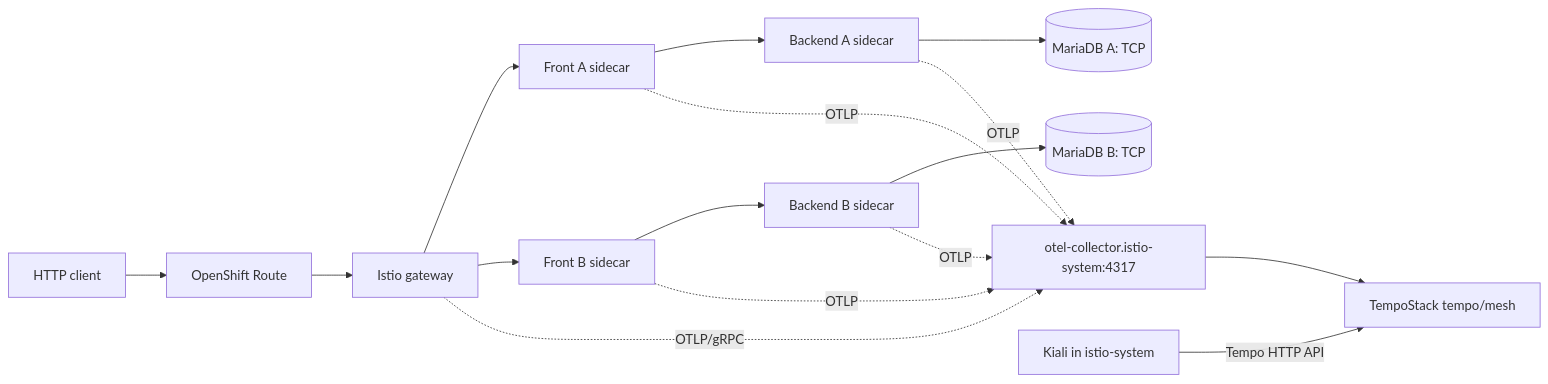
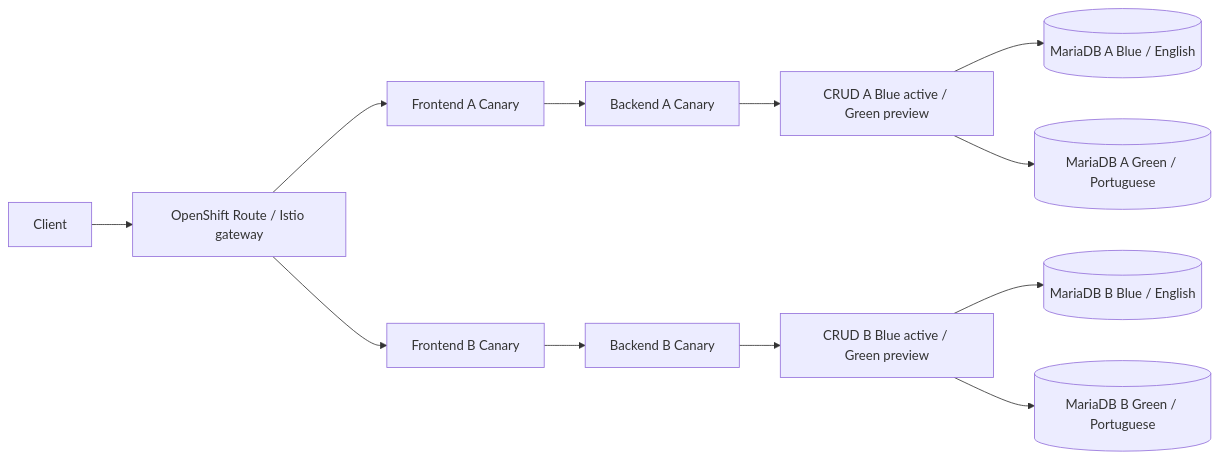
Before and after one commit to gstephan76/argo-sm: the diagram in full-multi/OBSERVABILITY.md, drawn with Mermaid. The commit also changed other lines of this file and 21 other files, not shown here.

Commit message:
Enforce indefinitely paused CRUD BlueGreen with four isolated databases

````diff
--- a/full-multi/OBSERVABILITY.md
+++ b/full-multi/OBSERVABILITY.md
@@ -10,17 +6,13 @@
 ```mermaid
 flowchart LR
-  Client[HTTP client] --> OpenShiftRoute[OpenShift Route]
-  OpenShiftRoute --> Gateway[Istio gateway]
-  Gateway --> FrontA[Front A sidecar] & FrontB[Front B sidecar]
-  FrontA --> BackendA[Backend A sidecar]
-  FrontB --> BackendB[Backend B sidecar]
-  BackendA --> DBA[(MariaDB A: TCP)]
-  BackendB --> DBB[(MariaDB B: TCP)]
-  Gateway -. OTLP/gRPC .-> Otel[otel-collector.istio-system:4317]
-  FrontA -. OTLP .-> Otel
-  FrontB -. OTLP .-> Otel
-  BackendA -. OTLP .-> Otel
-  BackendB -. OTLP .-> Otel
-  Otel --> Tempo[TempoStack tempo/mesh]
-  Kiali[Kiali in istio-system] -->|Tempo HTTP API| Tempo
+  Client --> Route[OpenShift Route / Istio gateway]
+  Route --> FrontA[Frontend A Canary] & FrontB[Frontend B Canary]
+  FrontA --> BackendA[Backend A Canary]
+  FrontB --> BackendB[Backend B Canary]
+  BackendA --> CRUD_A_B[CRUD A Blue active / Green preview]
+  BackendB --> CRUD_B_B[CRUD B Blue active / Green preview]
+  CRUD_A_B --> DBA_B[(MariaDB A Blue / English)]
+  CRUD_A_B --> DBA_G[(MariaDB A Green / Portuguese)]
+  CRUD_B_B --> DBB_B[(MariaDB B Blue / English)]
+  CRUD_B_B --> DBB_G[(MariaDB B Green / Portuguese)]
 ```
````
